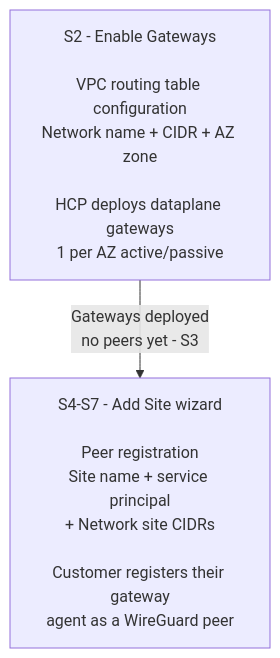
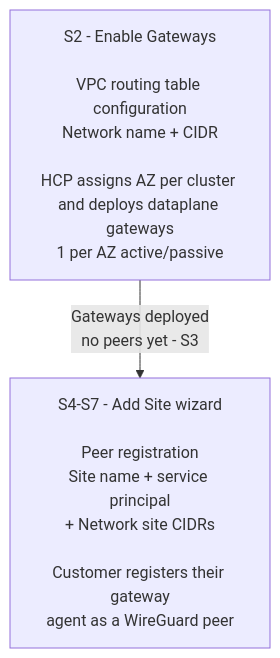
Before and after one commit to Benjamin-Howard-IBM/Benjaminhoward-Pocket-Product-Designer: the third of 3 diagrams in output/06.Projects/Gateways/04. Wireframes/docs/HVD Gateways Product Design Specs.md, drawn with Mermaid. The commit also changed other lines of this file and 19 other files, not shown here.

````diff
--- a/output/06.Projects/Gateways/04. Wireframes/docs/HVD Gateways Product Design Specs.md
+++ b/output/06.Projects/Gateways/04. Wireframes/docs/HVD Gateways Product Design Specs.md
@@ -142,7 +142,7 @@
 ```mermaid
 flowchart TD
-    A["S2 - Enable Gateways\n\nVPC routing table configuration\nNetwork name + CIDR + AZ zone\n\nHCP deploys dataplane gateways\n1 per AZ active/passive"]
+    A["S2 - Enable Gateways\n\nVPC routing table configuration\nNetwork name + CIDR\n\nHCP assigns AZ per cluster and deploys dataplane gateways\n1 per AZ active/passive"]
     B["S4-S7 - Add Site wizard\n\nPeer registration\nSite name + service principal\n+ Network site CIDRs\n\nCustomer registers their gateway\nagent as a WireGuard peer"]
 
     A -->|"Gateways deployed\nno peers yet - S3"| B
 ```
````
